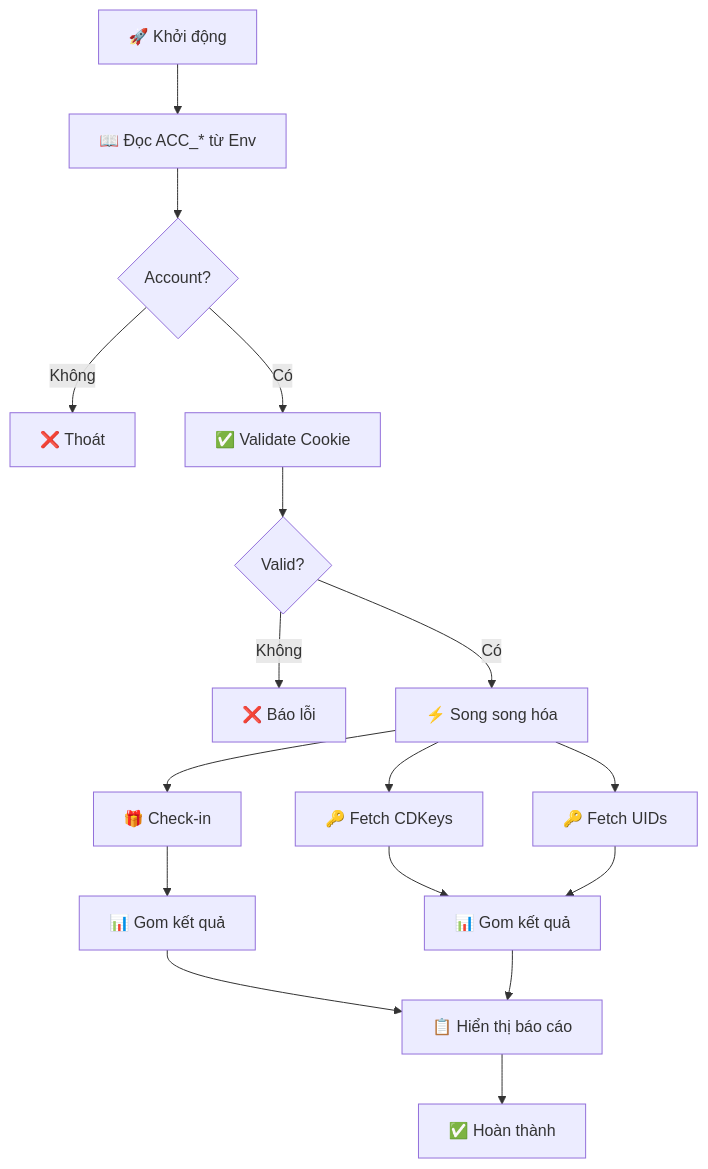
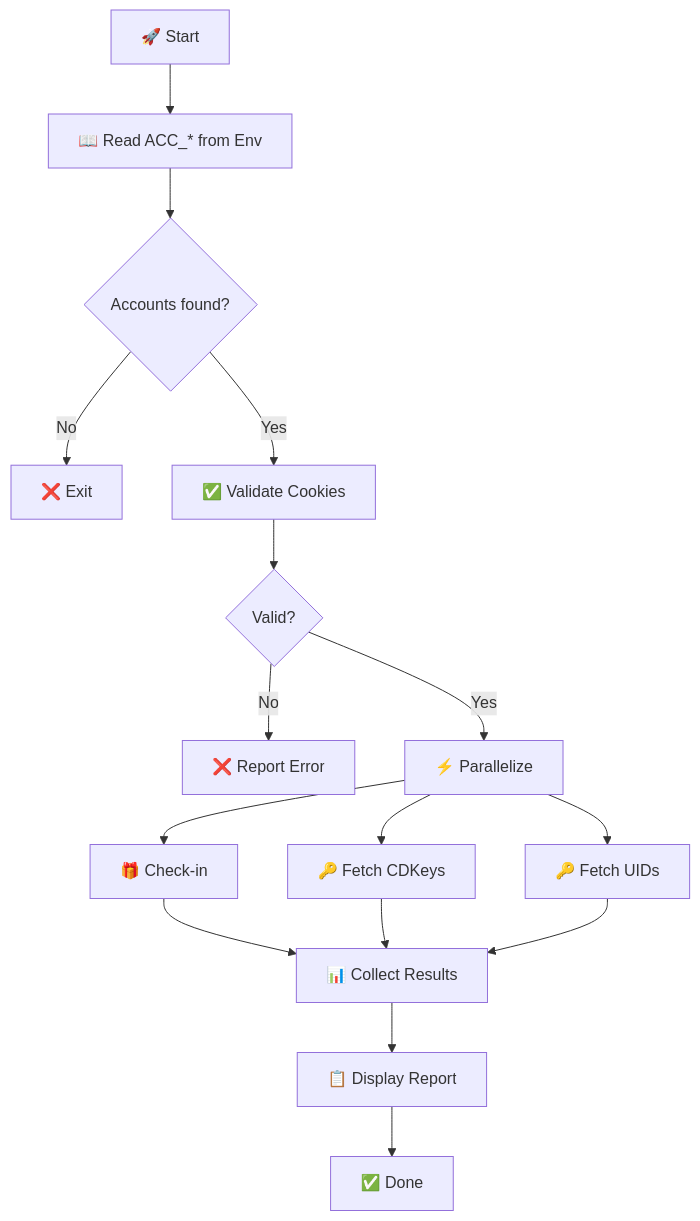
The diagram in README.md (cuupham/hoyoverse-utility), drawn with Mermaid before and after one commit. The commit also changed other lines of this file and 8 other files, not shown here.

````diff
--- a/README.md
+++ b/README.md
@@ -30,23 +85,21 @@
 ```mermaid
 flowchart TD
-    A[🚀 Khởi động] --> B[📖 Đọc ACC_* từ Env]
-    B --> C{Account?}
-    C -->|Không| X[❌ Thoát]
-    C -->|Có| D[✅ Validate Cookie]
+    A[🚀 Start] --> B[📖 Read ACC_* from Env]
+    B --> C{Accounts found?}
+    C -->|No| X[❌ Exit]
+    C -->|Yes| D[✅ Validate Cookies]
     D --> E{Valid?}
-    E -->|Không| Y[❌ Báo lỗi]
-    E -->|Có| F[⚡ Song song hóa]
-    
+    E -->|No| Y[❌ Report Error]
+    E -->|Yes| F[⚡ Parallelize]
+
     F --> G1[🎁 Check-in]
     F --> G2[🔑 Fetch CDKeys]
     F --> G3[🔑 Fetch UIDs]
-    
-    G1 --> H1[📊 Gom kết quả]
-    G2 --> H2[📊 Gom kết quả]
-    G3 --> H2
-    
-    H1 --> I[📋 Hiển thị báo cáo]
-    H2 --> I
-    
-    I --> J[✅ Hoàn thành]
+
+    G1 --> H[📊 Collect Results]
+    G2 --> H
+    G3 --> H
+
+    H --> I[📋 Display Report]
+    I --> J[✅ Done]
 ```
````
